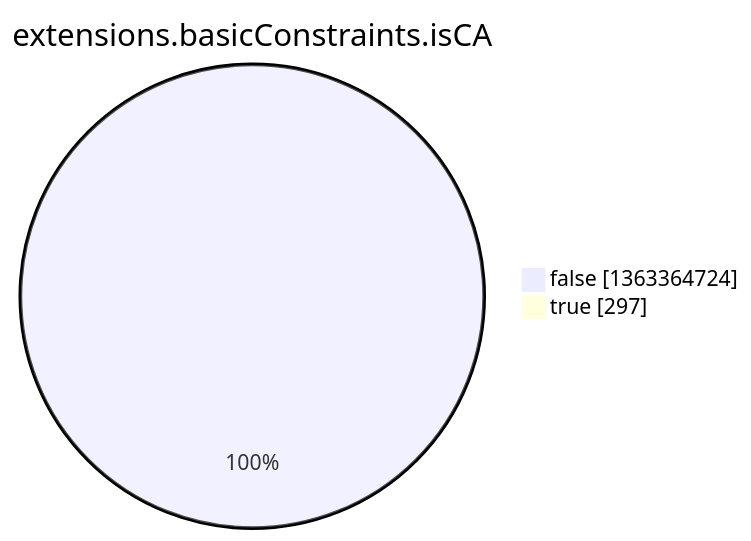
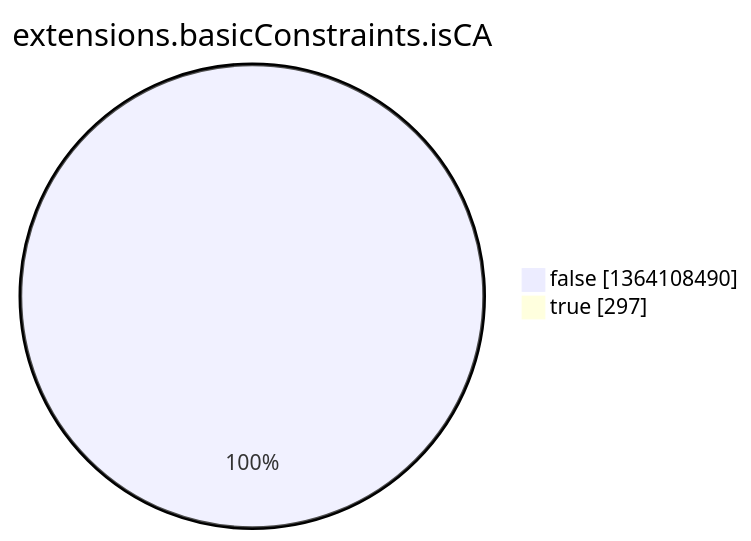
Before and after one commit to christiankrug/ctmonitor_visualization: the eighth of 15 diagrams in argon2022/README.md, drawn with Mermaid. The commit also changed other lines of this file, not shown here.

````diff
--- a/argon2022/README.md
+++ b/argon2022/README.md
@@ -2758,6 +2758,6 @@
 ```mermaid
 pie showData
 title extensions.basicConstraints.isCA
-"false" :1363364724
+"false" :1364108490
 "true" :297
 ```
````
